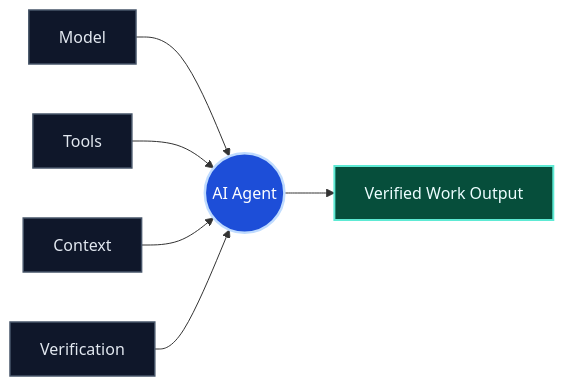
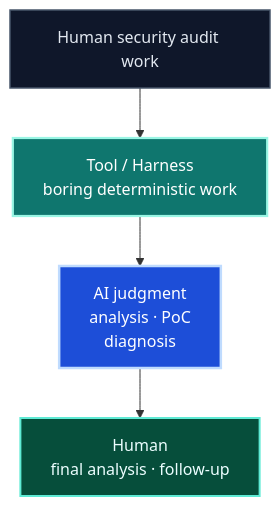
The first of 16 diagrams in docs/ai-agent-effective-use/mermaid-diagrams.md (koalav/present-anyything), drawn with Mermaid before and after one commit. The commit also changed other lines of this file and 26 other files, not shown here.

````diff
--- a/docs/ai-agent-effective-use/mermaid-diagrams.md
+++ b/docs/ai-agent-effective-use/mermaid-diagrams.md
@@ -11,11 +11,10 @@
 ```mermaid
-flowchart LR
-  M[Model]:::input --> A((AI Agent)):::core
-  T[Tools]:::input --> A
-  C[Context]:::input --> A
-  V[Verification]:::input --> A
-  A --> O[Verified Work Output]:::success
+flowchart TB
+  Work["Human security audit work"]:::input --> Harness["Tool / Harness<br/>boring deterministic work"]:::tool
+  Harness --> AI["AI judgment<br/>analysis · PoC<br/>diagnosis"]:::core
+  AI --> Human["Human<br/>final analysis · follow-up"]:::success
   classDef input fill:#0f172a,stroke:#475569,color:#e2e8f0,stroke-width:1.5px;
+  classDef tool fill:#0f766e,stroke:#99f6e4,color:#ffffff,stroke-width:2.2px;
   classDef core fill:#1d4ed8,stroke:#bfdbfe,color:#ffffff,stroke-width:2.5px;
   classDef success fill:#064e3b,stroke:#5eead4,color:#ecfeff,stroke-width:2px;
 ```
````
